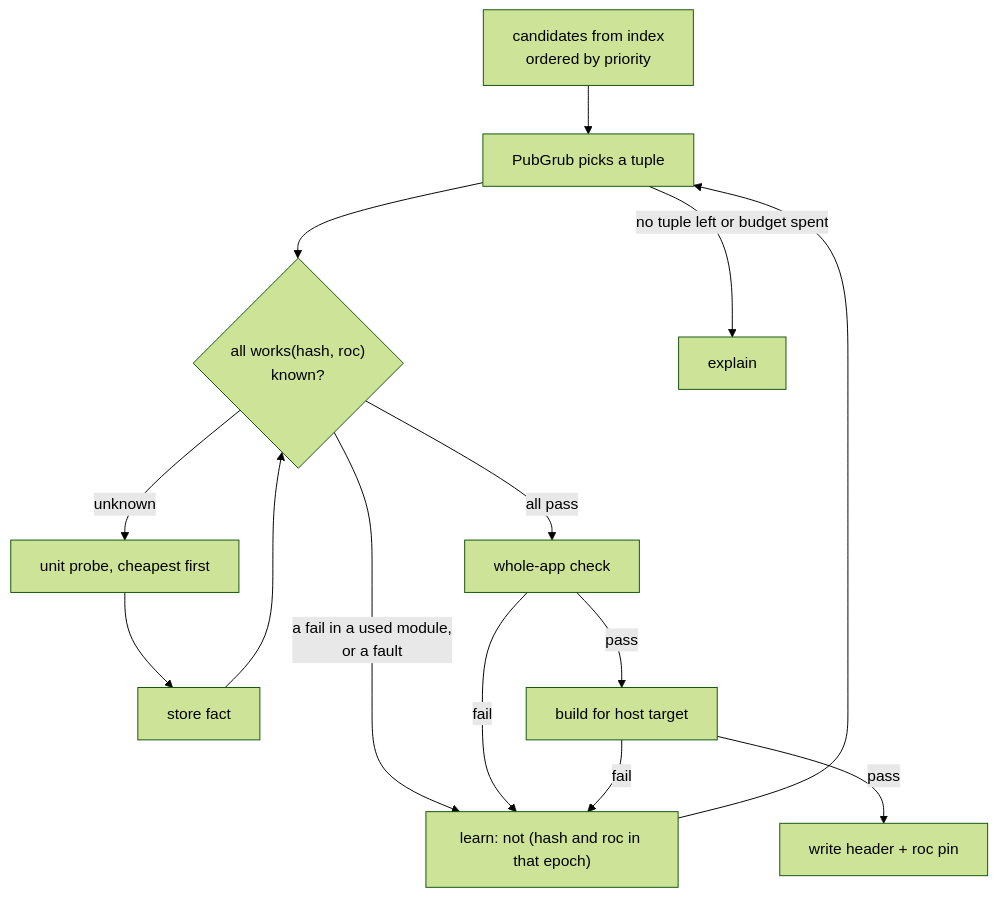
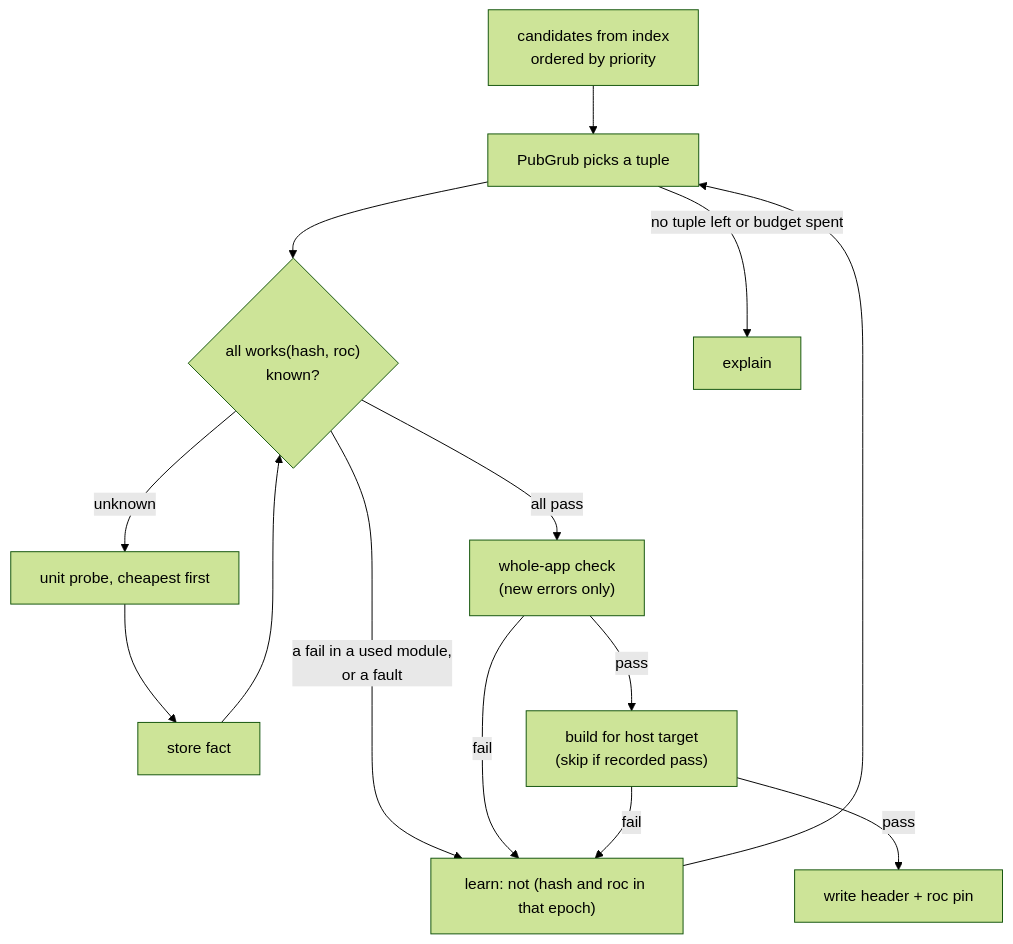
One commit to roc-talon/talon changed the second of 5 diagrams in DESIGN.md. Above: the diagram before and after it, drawn with Mermaid (forest theme). The commit also changed other lines of this file and 1 other file, not shown here.

````diff
--- a/DESIGN.md
+++ b/DESIGN.md
@@ -396,14 +540,14 @@
 ```mermaid
 flowchart TD
     A["candidates from index<br/>ordered by priority"] --> B["PubGrub picks a tuple"]
     B --> C{"all works(hash, roc)<br/>known?"}
     C -- unknown --> D["unit probe, cheapest first"]
     D --> E["store fact"] --> C
     C -- "a fail in a used module,<br/>or a fault" --> F["learn: not (hash and roc in that epoch)"] --> B
-    C -- all pass --> G["whole-app check"]
-    G -- pass --> G2["build for host target"]
+    C -- all pass --> G["whole-app check<br/>(new errors only)"]
+    G -- pass --> G2["build for host target<br/>(skip if recorded pass)"]
     G2 -- pass --> H["write header + roc pin"]
     G -- fail --> F
     G2 -- fail --> F
     B -- no tuple left or budget spent --> X["explain"]
 ```
````
